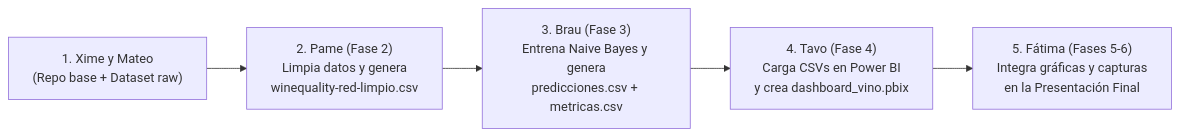
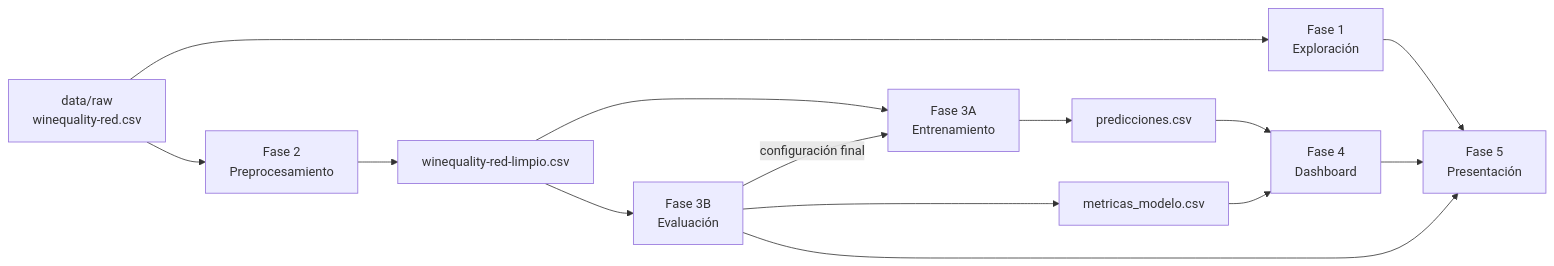
One commit to XimenaBecOliv07/Naive-Bayes changed the diagram in README.md. Above: the diagram before and after it, drawn with Mermaid. The commit also changed other lines of this file, not shown here.

Commit message:
docs: reescribir readme con introduccion, objetivos y fases del proyecto

````diff
--- a/README.md
+++ b/README.md
@@ -85,7 +72,16 @@
 ```mermaid
 flowchart LR
-    A["1. Xime y Mateo\n(Repo base + Dataset raw)"] --> B["2. Pame (Fase 2)\nLimpia datos y genera\nwinequality-red-limpio.csv"]
-    B --> C["3. Brau (Fase 3)\nEntrena Naive Bayes y genera\npredicciones.csv + metricas.csv"]
-    C --> D["4. Tavo (Fase 4)\nCarga CSVs en Power BI\ny crea dashboard_vino.pbix"]
-    D --> E["5. Fátima (Fases 5-6)\nIntegra gráficas y capturas\nen la Presentación Final"]
+    RAW["data/raw<br/>winequality-red.csv"] --> F1["Fase 1<br/>Exploración"]
+    RAW --> F2["Fase 2<br/>Preprocesamiento"]
+    F2 --> LIMPIO["winequality-red-limpio.csv"]
+    LIMPIO --> F3A["Fase 3A<br/>Entrenamiento"]
+    LIMPIO --> F3B["Fase 3B<br/>Evaluación"]
+    F3B -- "configuración final" --> F3A
+    F3A --> PRED["predicciones.csv"]
+    F3B --> MET["metricas_modelo.csv"]
+    PRED --> F4["Fase 4<br/>Dashboard"]
+    MET --> F4
+    F1 --> F5["Fase 5<br/>Presentación"]
+    F4 --> F5
+    F3B --> F5
 ```
````
